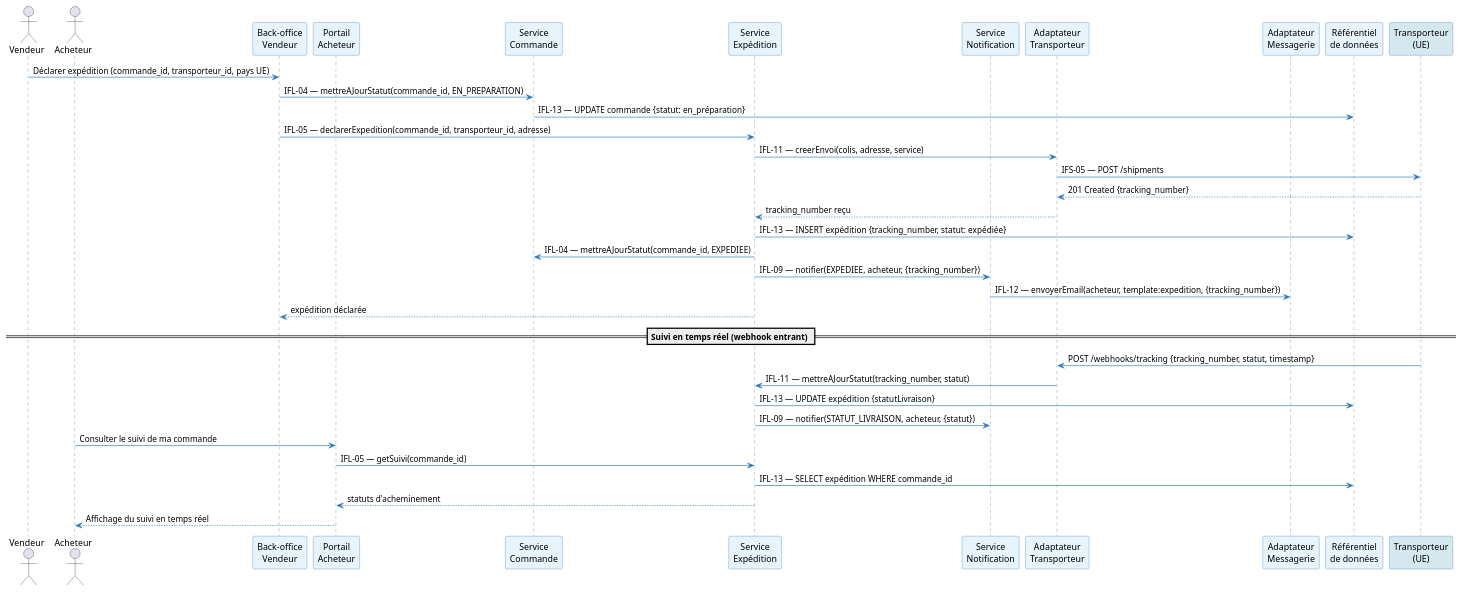
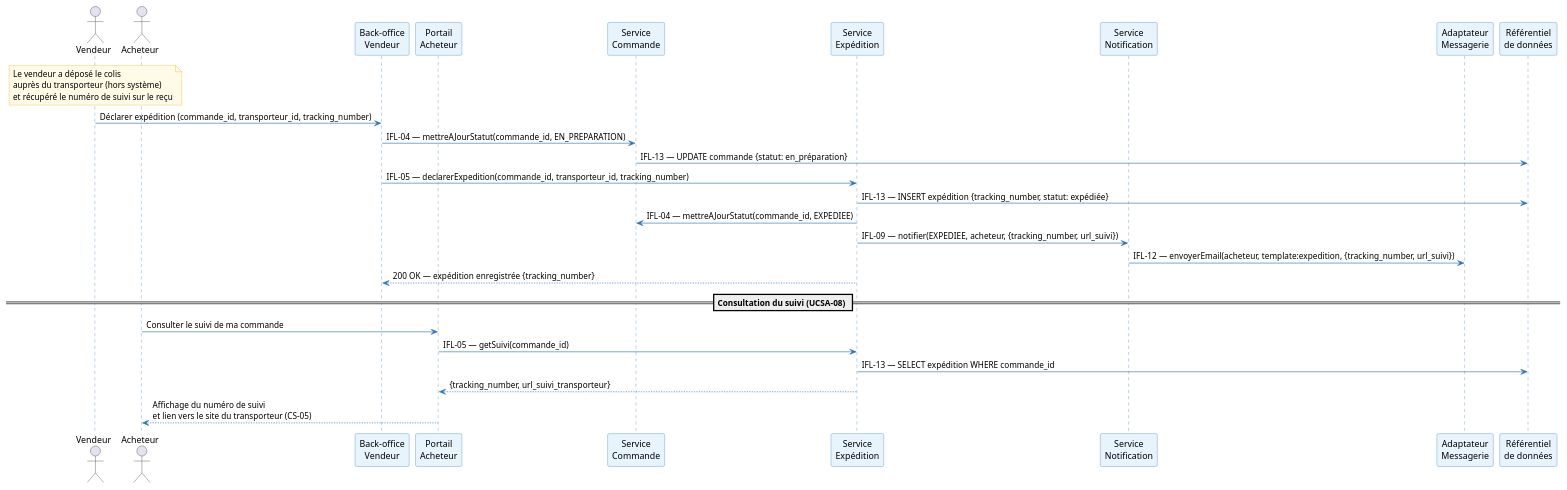
Before and after one commit to louistalvande/online_shop: the fourth of 7 diagrams in architecture/03-logical-architecture/la.adoc, drawn with PlantUML. The commit also changed other lines of this file and 4 other files, not shown here.

```diff
--- a/architecture/03-logical-architecture/la.adoc
+++ b/architecture/03-logical-architecture/la.adoc
@@ -422,49 +435,39 @@
 [plantuml, la-seq-expedition, svg]
 ----
 skinparam sequenceArrowColor #2E75B6
 skinparam sequenceParticipantBackgroundColor #E8F4FD
 skinparam sequenceParticipantBorderColor #2E75B6
 skinparam sequenceLifeLineBorderColor #2E75B6
 skinparam noteBorderColor #F0A500
 skinparam noteBackgroundColor #FFFBE6
 
 actor Vendeur as Vendor
 actor Acheteur as Buyer
 participant "Back-office\nVendeur" as UI_V
 participant "Portail\nAcheteur" as UI_B
 participant "Service\nCommande" as SvcOrder
 participant "Service\nExpédition" as SvcShipping
 participant "Service\nNotification" as SvcNotif
-participant "Adaptateur\nTransporteur" as AdpCarrier
 participant "Adaptateur\nMessagerie" as AdpMail
 participant "Référentiel\nde données" as DB
-participant "Transporteur\n(UE)" as ExtCarrier #D5E8F0
 
-Vendor -> UI_V : Déclarer expédition (commande_id, transporteur_id, pays UE)
+note over Vendor : Le vendeur a déposé le colis\nauprès du transporteur (hors système)\net récupéré le numéro de suivi sur le reçu
+
+Vendor -> UI_V : Déclarer expédition (commande_id, transporteur_id, tracking_number)
 UI_V -> SvcOrder : IFL-04 — mettreAJourStatut(commande_id, EN_PREPARATION)
 SvcOrder -> DB : IFL-13 — UPDATE commande {statut: en_préparation}
 
-UI_V -> SvcShipping : IFL-05 — declarerExpedition(commande_id, transporteur_id, adresse)
-SvcShipping -> AdpCarrier : IFL-11 — creerEnvoi(colis, adresse, service)
-AdpCarrier -> ExtCarrier : IFS-05 — POST /shipments
-
-ExtCarrier --> AdpCarrier : 201 Created {tracking_number}
-AdpCarrier --> SvcShipping : tracking_number reçu
+UI_V -> SvcShipping : IFL-05 — declarerExpedition(commande_id, transporteur_id, tracking_number)
 SvcShipping -> DB : IFL-13 — INSERT expédition {tracking_number, statut: expédiée}
 SvcShipping -> SvcOrder : IFL-04 — mettreAJourStatut(commande_id, EXPEDIEE)
-SvcShipping -> SvcNotif : IFL-09 — notifier(EXPEDIEE, acheteur, {tracking_number})
-SvcNotif -> AdpMail : IFL-12 — envoyerEmail(acheteur, template:expedition, {tracking_number})
-SvcShipping --> UI_V : expédition déclarée
+SvcShipping -> SvcNotif : IFL-09 — notifier(EXPEDIEE, acheteur, {tracking_number, url_suivi})
+SvcNotif -> AdpMail : IFL-12 — envoyerEmail(acheteur, template:expedition, {tracking_number, url_suivi})
+SvcShipping --> UI_V : 200 OK — expédition enregistrée {tracking_number}
 
-== Suivi en temps réel (webhook entrant) ==
-ExtCarrier -> AdpCarrier : POST /webhooks/tracking {tracking_number, statut, timestamp}
-AdpCarrier -> SvcShipping : IFL-11 — mettreAJourStatut(tracking_number, statut)
-SvcShipping -> DB : IFL-13 — UPDATE expédition {statutLivraison}
-SvcShipping -> SvcNotif : IFL-09 — notifier(STATUT_LIVRAISON, acheteur, {statut})
-
+== Consultation du suivi (UCSA-08) ==
 Buyer -> UI_B : Consulter le suivi de ma commande
 UI_B -> SvcShipping : IFL-05 — getSuivi(commande_id)
 SvcShipping -> DB : IFL-13 — SELECT expédition WHERE commande_id
-SvcShipping --> UI_B : statuts d'acheminement
-UI_B --> Buyer : Affichage du suivi en temps réel
+SvcShipping --> UI_B : {tracking_number, url_suivi_transporteur}
+UI_B --> Buyer : Affichage du numéro de suivi\net lien vers le site du transporteur (CS-05)
 ----
```
